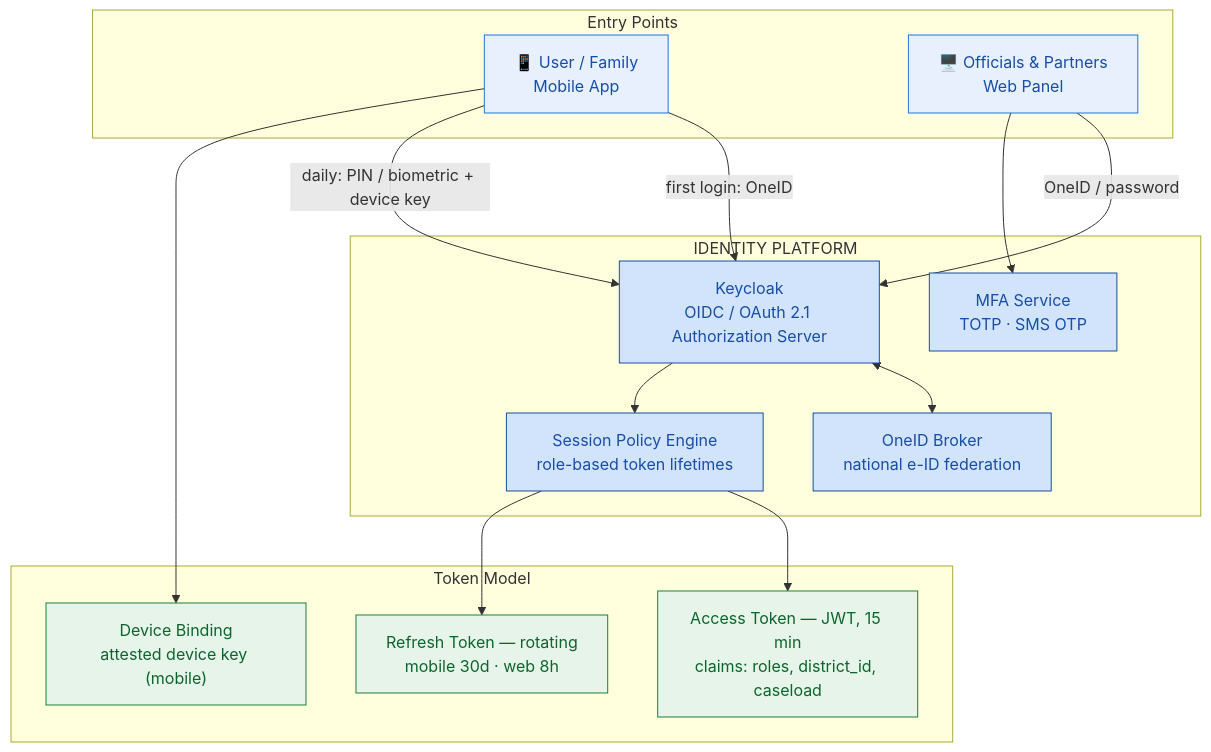
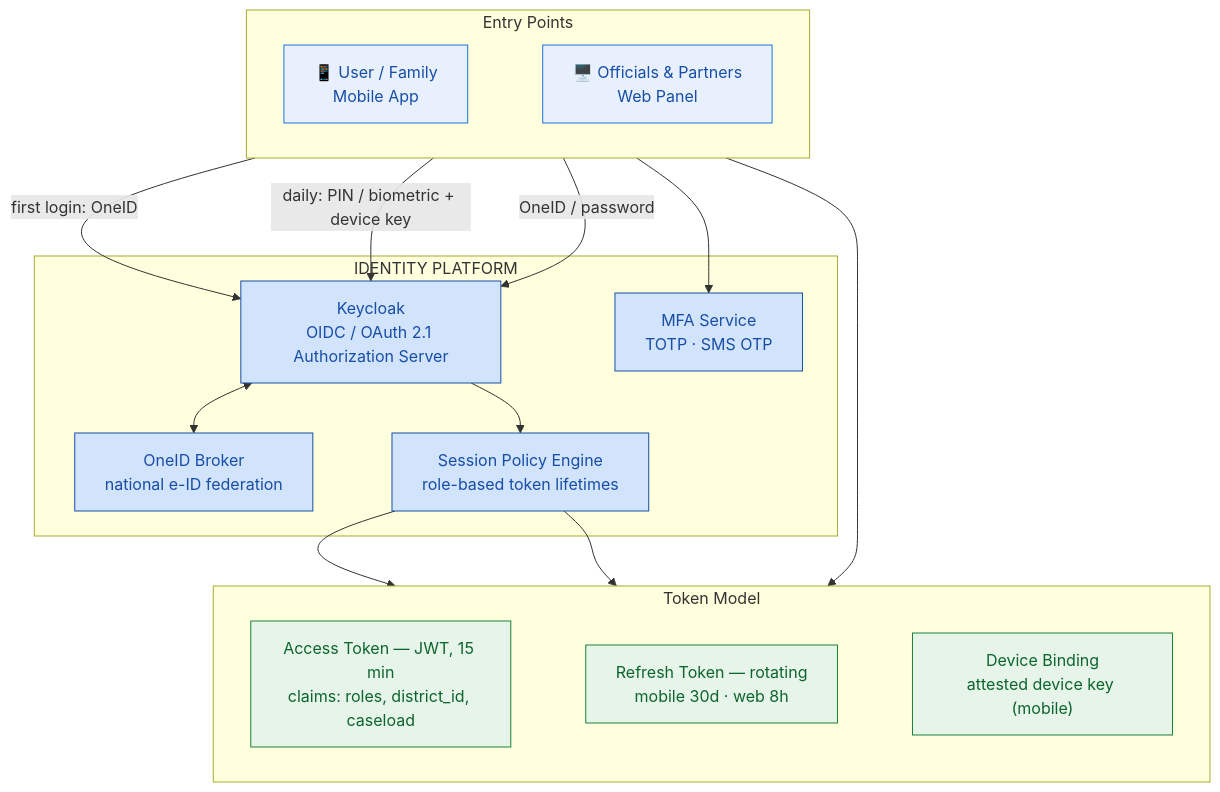
One commit to baxtbekjumayev74-byte/Yangi-hayot changed the first of 7 diagrams in docs/04-security-architecture.md. Above: the diagram before and after it, drawn with Mermaid. The commit also changed other lines of this file and 5 other files, not shown here.

First line of the commit message:
Refine diagram layouts for presentation rendering

````diff
--- a/docs/04-security-architecture.md
+++ b/docs/04-security-architecture.md
@@ -12,35 +12,34 @@
 ```mermaid
 flowchart TB
     subgraph ACTORS["Entry Points"]
-        MU["📱 User / Family<br/>Mobile App"]
-        AU["🖥️ Officials & Partners<br/>Web Panel"]
+        direction LR
+        MU["📱 User / Family<br/>Mobile App"] ~~~ AU["🖥️ Officials & Partners<br/>Web Panel"]
     end
 
     subgraph IAM["IDENTITY PLATFORM"]
         KC["Keycloak<br/>OIDC / OAuth 2.1 Authorization Server"]
         ONE["OneID Broker<br/>national e-ID federation"]
         MFA["MFA Service<br/>TOTP · SMS OTP"]
         POL["Session Policy Engine<br/>role-based token lifetimes"]
     end
 
     subgraph TOKENS["Token Model"]
-        AT["Access Token — JWT, 15 min<br/>claims: roles, district_id, caseload"]
-        RT["Refresh Token — rotating<br/>mobile 30d · web 8h"]
-        DK["Device Binding<br/>attested device key (mobile)"]
+        direction LR
+        AT["Access Token — JWT, 15 min<br/>claims: roles, district_id, caseload"] ~~~ RT["Refresh Token — rotating<br/>mobile 30d · web 8h"] ~~~ DK["Device Binding<br/>attested device key (mobile)"]
     end
 
     MU -->|"first login: OneID"| KC
     MU -->|"daily: PIN / biometric + device key"| KC
     AU -->|"OneID / password"| KC
     KC <--> ONE
     AU --> MFA
     KC --> POL --> AT & RT
     MU --> DK
 
     classDef a fill:#e8f0fe,stroke:#1a73e8,color:#174ea6
     classDef i fill:#d2e3fc,stroke:#174ea6,color:#174ea6
     classDef t fill:#e6f4ea,stroke:#188038,color:#0d652d
     class MU,AU a
     class KC,ONE,MFA,POL i
     class AT,RT,DK t
 ```
````
